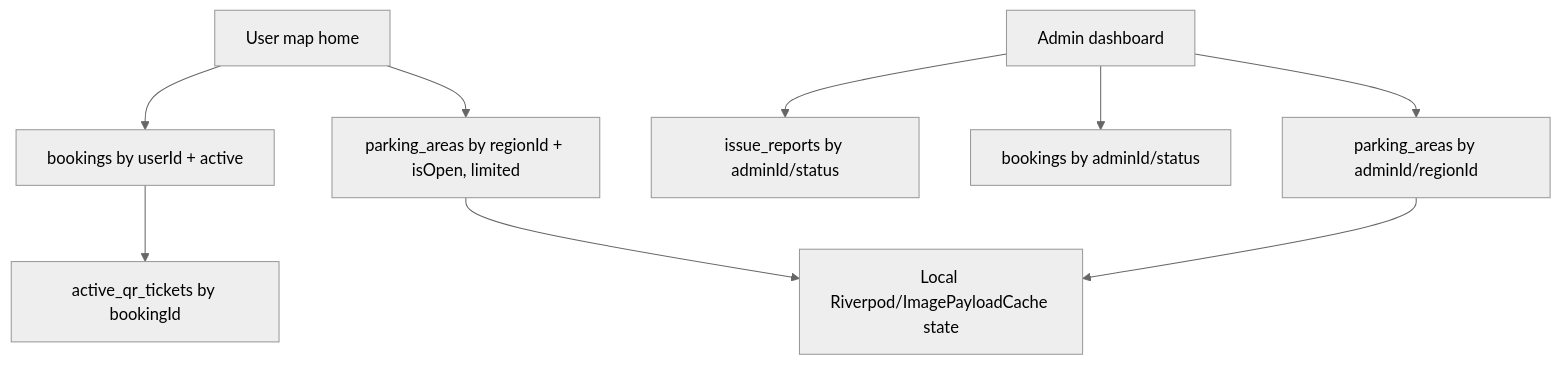
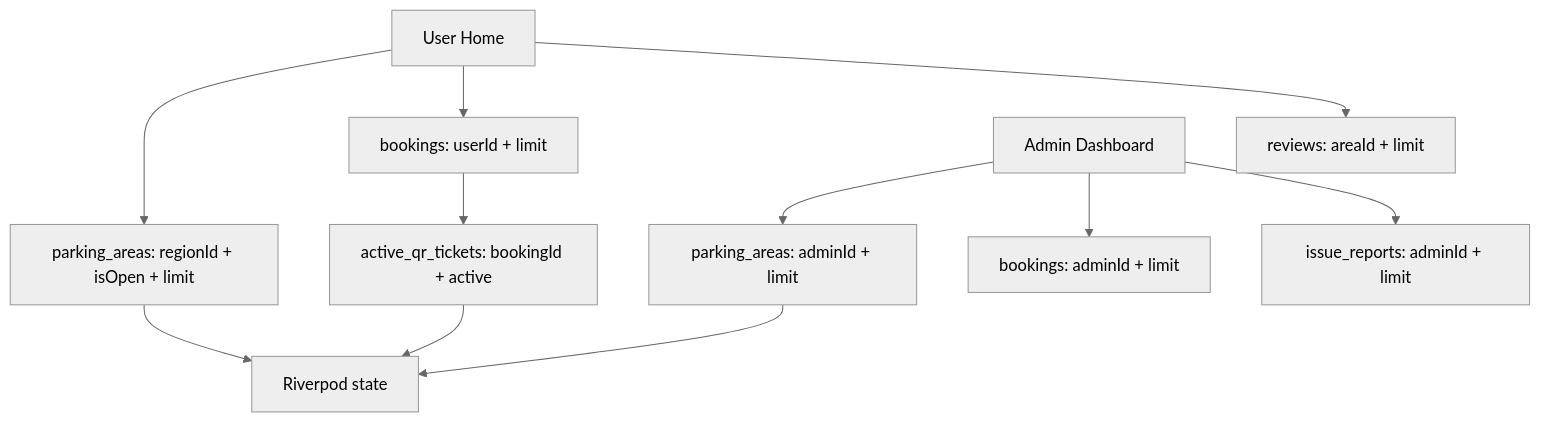
One commit to snehil-pandey/smart-parking-occupancy-system changed the fifth of 10 diagrams in docs/ARCHITECTURE.md. Above: the diagram before and after it, drawn with Mermaid (neutral theme). The commit also changed other lines of this file and 5 other files, not shown here.

Commit message:
docs(firebase): update setup and runtime data flow

````diff
--- a/docs/ARCHITECTURE.md
+++ b/docs/ARCHITECTURE.md
@@ -91,11 +73,13 @@
 ```mermaid
 flowchart TD
-  UserHome["User map home"] --> AreaQuery["parking_areas by regionId + isOpen, limited"]
-  UserHome --> ActiveBooking["bookings by userId + active"]
-  ActiveBooking --> ActiveQR["active_qr_tickets by bookingId"]
-  AdminDash["Admin dashboard"] --> AdminAreas["parking_areas by adminId/regionId"]
-  AdminDash --> AdminBookings["bookings by adminId/status"]
-  AdminDash --> AdminIssues["issue_reports by adminId/status"]
-  AreaQuery --> Cache["Local Riverpod/ImagePayloadCache state"]
-  AdminAreas --> Cache
+  UserHome["User Home"] --> UserAreas["parking_areas: regionId + isOpen + limit"]
+  UserHome --> UserBookings["bookings: userId + limit"]
+  UserBookings --> UserQR["active_qr_tickets: bookingId + active"]
+  UserHome --> Reviews["reviews: areaId + limit"]
+  AdminHome["Admin Dashboard"] --> AdminAreas["parking_areas: adminId + limit"]
+  AdminHome --> AdminBookings["bookings: adminId + limit"]
+  AdminHome --> AdminIssues["issue_reports: adminId + limit"]
+  UserAreas --> Riverpod["Riverpod state"]
+  AdminAreas --> Riverpod
+  UserQR --> Riverpod
 ```
````
